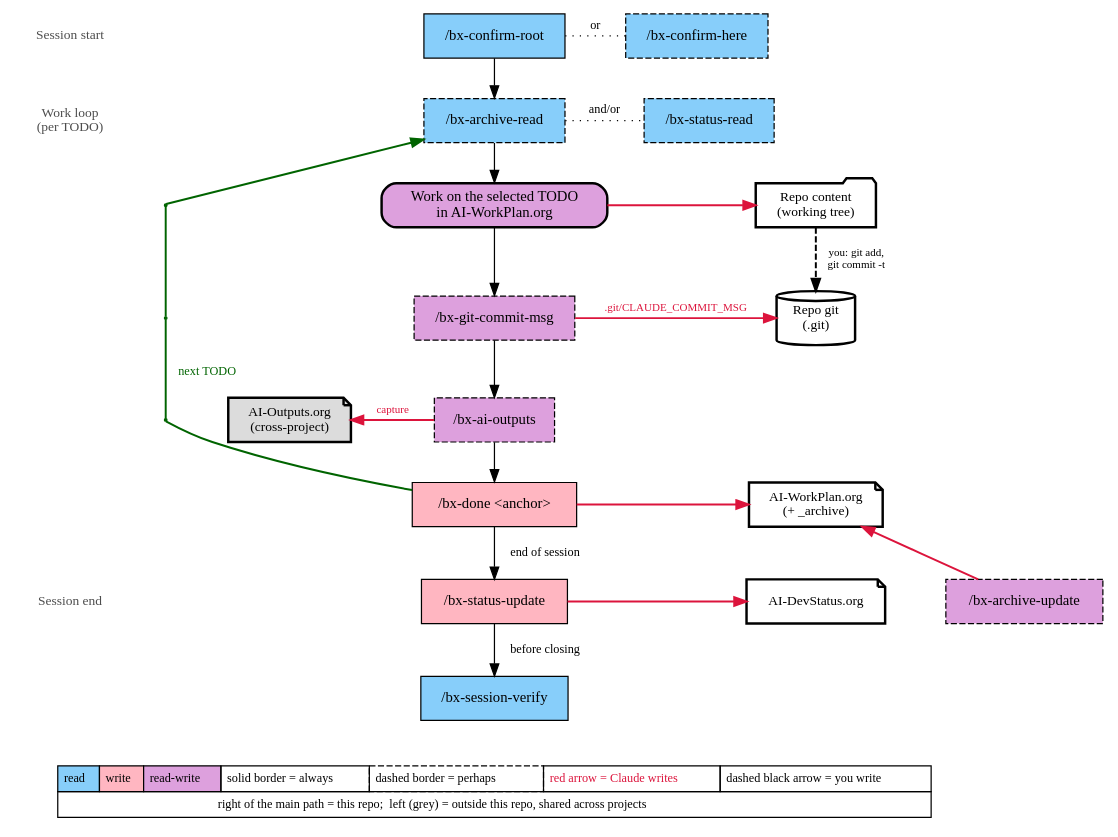
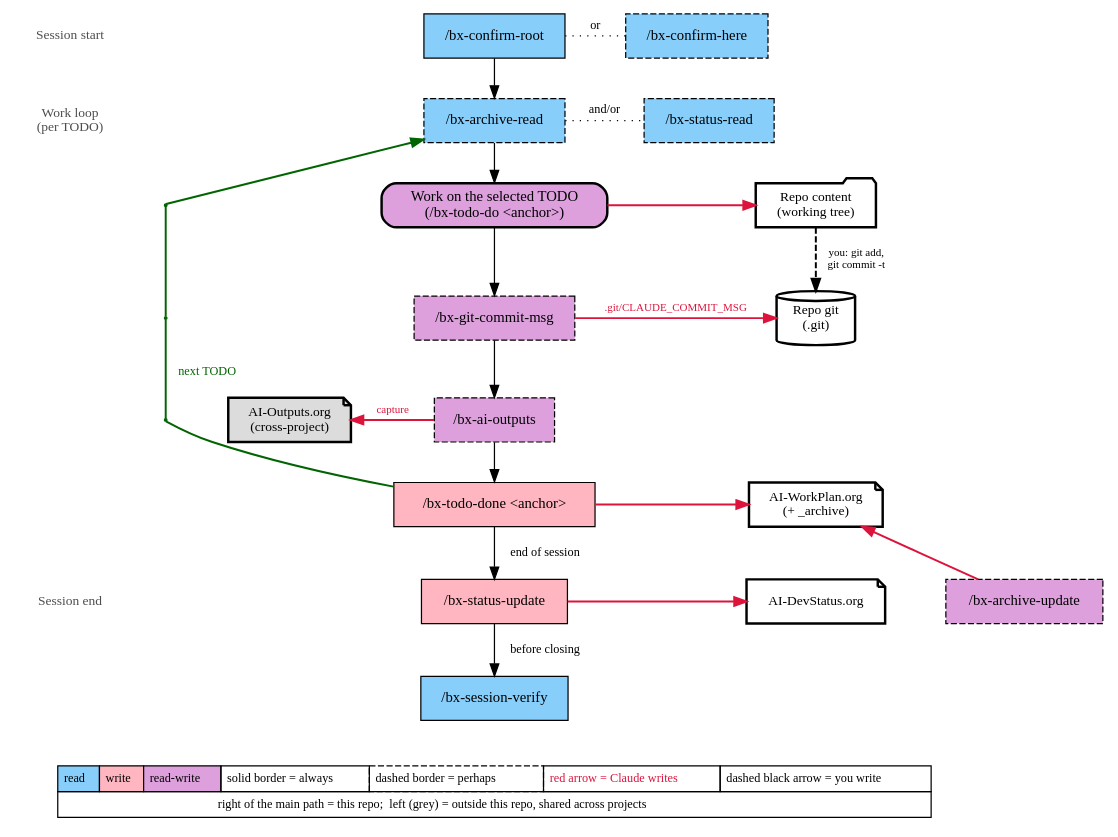
Before and after one commit to bisos-pip/aiActivity: the diagram in py3/images/aiUsageWorkflow.gv, drawn with Graphviz. The commit also changed 63 other files, not shown here.

```diff
--- a/py3/images/aiUsageWorkflow.gv
+++ b/py3/images/aiUsageWorkflow.gv
@@ -1,109 +1,109 @@
 digraph {
 	nodesep=0.35 rankdir=TB ranksep=0.45
 	node [fontsize=12]
 	lyr_start [label="Session start" fontcolor=gray30 fontsize=11 shape=plaintext]
 	lyr_loop1 [label="Work loop
 (per TODO)" fontcolor=gray30 fontsize=11 shape=plaintext]
 	lyr_loop2 [label="" fontcolor=gray30 fontsize=11 shape=plaintext]
 	lyr_loop3 [label="" fontcolor=gray30 fontsize=11 shape=plaintext]
 	lyr_loop4 [label="" fontcolor=gray30 fontsize=11 shape=plaintext]
 	lyr_loop5 [label="" fontcolor=gray30 fontsize=11 shape=plaintext]
 	lyr_end [label="Session end" fontcolor=gray30 fontsize=11 shape=plaintext]
 	lyr_close [label="" fontcolor=gray30 fontsize=11 shape=plaintext]
 	lyr_start -> lyr_loop1 [style=invis]
 	lyr_loop1 -> lyr_loop2 [style=invis]
 	lyr_loop2 -> lyr_loop3 [style=invis]
 	lyr_loop3 -> lyr_loop4 [style=invis]
 	lyr_loop4 -> lyr_loop5 [style=invis]
 	lyr_loop5 -> lyr_end [style=invis]
 	lyr_end -> lyr_close [style=invis]
 	{
 		rank=same
 		lyr_start
 		confirmRoot [label="/bx-confirm-root" fillcolor=lightskyblue group=spine shape=rectangle style=filled]
 		confirmHere [label="/bx-confirm-here" fillcolor=lightskyblue shape=rectangle style="filled,dashed"]
 	}
 	{
 		rank=same
 		lyr_loop1
 		importArchive [label="/bx-archive-read" fillcolor=lightskyblue group=spine shape=rectangle style="filled,dashed"]
 		statusRead [label="/bx-status-read" fillcolor=lightskyblue shape=rectangle style="filled,dashed"]
 	}
 	{
 		rank=same
 		lyr_loop2
 		loopVia2 [label="" color=darkgreen group=loop shape=point width=0.03]
 		work [label="Work on the selected TODO
-in AI-WorkPlan.org" fillcolor=plum group=spine shape=rectangle style="filled,rounded,bold"]
+(/bx-todo-do <anchor>)" fillcolor=plum group=spine shape=rectangle style="filled,rounded,bold"]
 		subjContent [label="Repo content
 (working tree)" fillcolor=white fontsize=11 group=subjects shape=folder style="filled,bold"]
 	}
 	{
 		rank=same
 		lyr_loop3
 		loopVia3 [label="" color=darkgreen group=loop shape=point width=0.03]
 		commitMsg [label="/bx-git-commit-msg" fillcolor=plum group=spine shape=rectangle style="filled,dashed"]
 		subjGit [label="Repo git
 (.git)" fillcolor=white fontsize=11 group=subjects shape=cylinder style="filled,bold"]
 	}
 	{
 		rank=same
 		lyr_loop4
 		loopVia4 [label="" color=darkgreen group=loop shape=point width=0.03]
 		subjOutputs [label="AI-Outputs.org
 (cross-project)" fillcolor=gainsboro fontsize=11 shape=note style="filled,bold"]
 		aiOutputs [label="/bx-ai-outputs" fillcolor=plum group=spine shape=rectangle style="filled,dashed"]
 	}
 	{
 		rank=same
 		lyr_loop5
-		done [label="/bx-done <anchor>" fillcolor=lightpink group=spine shape=rectangle style=filled]
+		done [label="/bx-todo-done <anchor>" fillcolor=lightpink group=spine shape=rectangle style=filled]
 		subjWorkPlan [label="AI-WorkPlan.org
 (+ _archive)" fillcolor=white fontsize=11 group=subjects shape=note style="filled,bold"]
 	}
 	{
 		rank=same
 		lyr_end
 		updateStatus [label="/bx-status-update" fillcolor=lightpink group=spine shape=rectangle style=filled]
 		archive [label="/bx-archive-update" fillcolor=plum shape=rectangle style="filled,dashed"]
 		subjDevStatus [label="AI-DevStatus.org" fillcolor=white fontsize=11 group=subjects shape=note style="filled,bold"]
 	}
 	{
 		rank=same
 		lyr_close
 		sessionVerify [label="/bx-session-verify" fillcolor=lightskyblue group=spine shape=rectangle style=filled]
 	}
 	subjContent -> subjGit [label=" you: git add, 
  git commit -t " arrowhead=normal color=black fontsize=9 penwidth=1.6 style=dashed]
 	subjGit -> subjWorkPlan [style=invis]
 	subjWorkPlan -> subjDevStatus [style=invis]
 	work -> subjContent [arrowhead=normal color=crimson penwidth=1.6]
 	commitMsg -> subjGit [label=" .git/CLAUDE_COMMIT_MSG " arrowhead=normal color=crimson fontcolor=crimson fontsize=9 penwidth=1.6]
 	lyr_loop2 -> loopVia2 [style=invis]
 	loopVia2 -> work [style=invis]
 	lyr_loop3 -> loopVia3 [style=invis]
 	loopVia3 -> commitMsg [style=invis]
 	lyr_loop4 -> loopVia4 [style=invis]
 	loopVia4 -> subjOutputs [style=invis]
 	subjOutputs -> aiOutputs [style=invis]
 	subjDevStatus -> archive [style=invis]
 	aiOutputs -> subjOutputs [label=" capture " arrowhead=normal color=crimson constraint=false fontcolor=crimson fontsize=9 penwidth=1.6]
 	done -> subjWorkPlan [arrowhead=normal color=crimson penwidth=1.6]
 	archive -> subjWorkPlan [arrowhead=normal color=crimson constraint=false penwidth=1.6]
 	updateStatus -> subjDevStatus [arrowhead=normal color=crimson penwidth=1.6]
 	confirmRoot -> importArchive
 	importArchive -> work
 	work -> commitMsg
 	commitMsg -> aiOutputs
 	aiOutputs -> done
 	done -> updateStatus [label="  end of session  " fontsize=10]
 	updateStatus -> sessionVerify [label="  before closing  " fontsize=10]
 	importArchive -> loopVia2 [color=darkgreen dir=back penwidth=1.6]
 	loopVia2 -> loopVia3 [color=darkgreen dir=none penwidth=1.6]
 	loopVia3 -> loopVia4 [label="  next TODO  " color=darkgreen dir=none fontcolor=darkgreen fontsize=10 penwidth=1.6]
 	loopVia4 -> done [color=darkgreen dir=none penwidth=1.6]
 	confirmRoot -> confirmHere [label=" or " arrowhead=none fontsize=10 style=dotted]
 	importArchive -> statusRead [label=" and/or " arrowhead=none fontsize=10 style=dotted]
 	legend [label=<<TABLE BORDER="0" CELLBORDER="1" CELLSPACING="0" CELLPADDING="4"><TR><TD BGCOLOR="lightskyblue">read</TD><TD BGCOLOR="lightpink">write</TD><TD BGCOLOR="plum">read-write</TD><TD>solid border = always</TD><TD STYLE="dashed">dashed border = perhaps</TD><TD><FONT COLOR="crimson">red arrow = Claude writes</FONT></TD><TD>dashed black arrow = you write</TD></TR><TR><TD COLSPAN="7">right of the main path = this repo;  left (grey) = outside this repo, shared across projects</TD></TR></TABLE>> fontsize=10 shape=plaintext]
 	sessionVerify -> legend [style=invis]
 }
```
